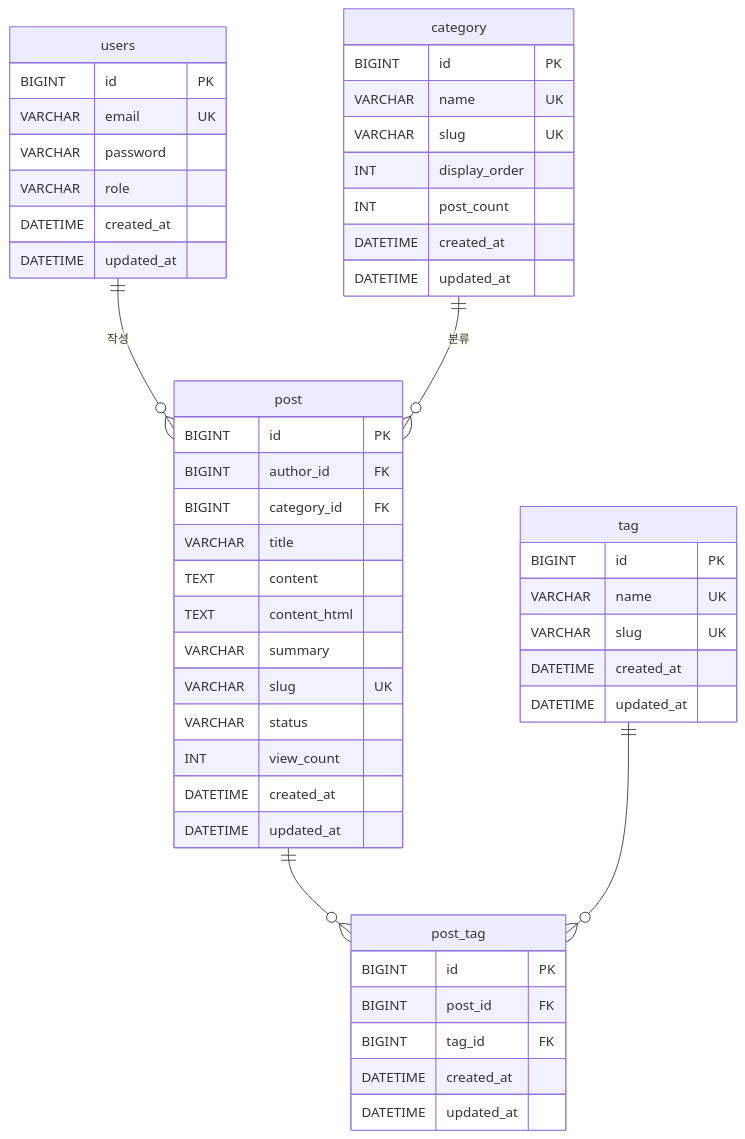
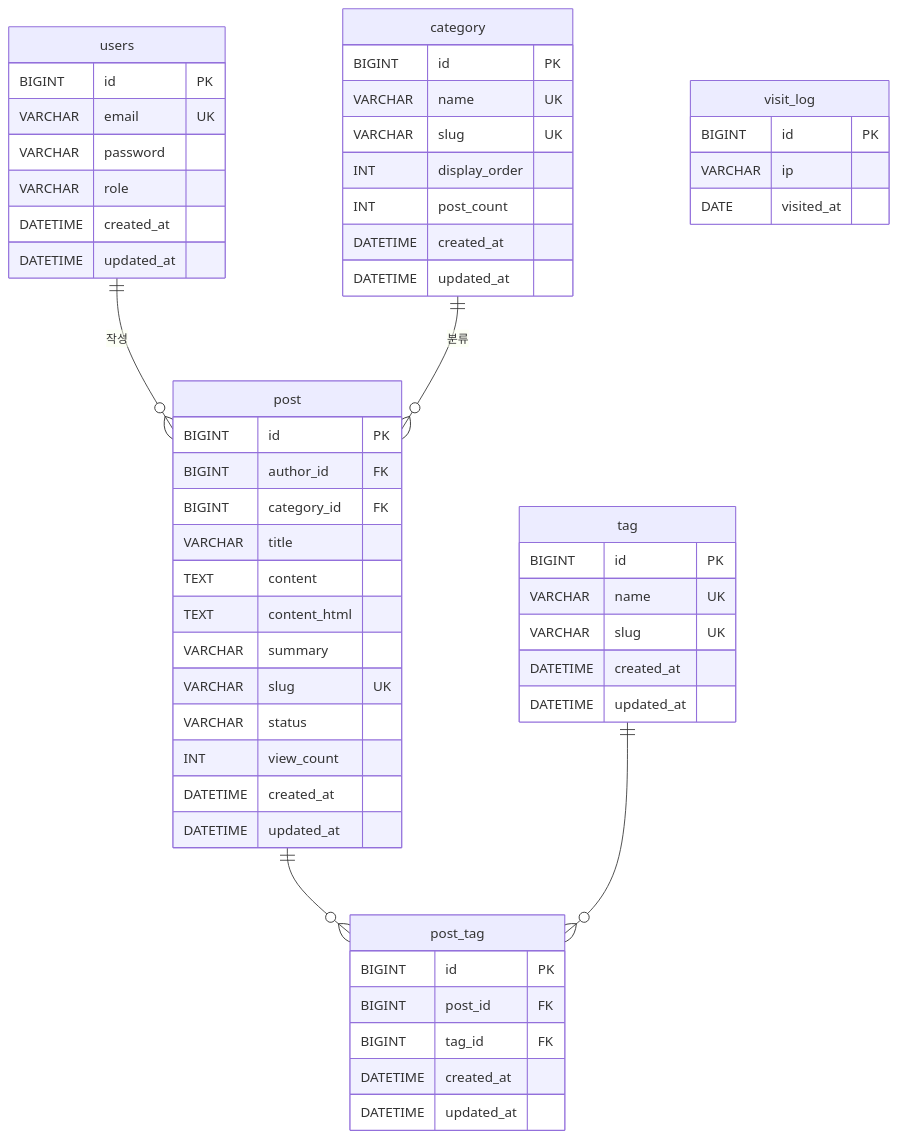
The diagram in README.md (hgkim-git/private_blog), drawn with Mermaid before and after one commit. The commit also changed other lines of this file, not shown here.

Commit message:
chore: README.md 업데이트
- 관리자 대시보드 및 방문자 카운트 기능 관련 내용 업데이트

````diff
--- a/README.md
+++ b/README.md
@@ -100,53 +101,58 @@
 ```mermaid
 erDiagram
     users {
         BIGINT id PK
         VARCHAR email UK
         VARCHAR password
         VARCHAR role
         DATETIME created_at
         DATETIME updated_at
     }
     category {
         BIGINT id PK
         VARCHAR name UK
         VARCHAR slug UK
         INT display_order
         INT post_count
         DATETIME created_at
         DATETIME updated_at
     }
     tag {
         BIGINT id PK
         VARCHAR name UK
         VARCHAR slug UK
         DATETIME created_at
         DATETIME updated_at
     }
     post {
         BIGINT id PK
         BIGINT author_id FK
         BIGINT category_id FK
         VARCHAR title
         TEXT content
         TEXT content_html
         VARCHAR summary
         VARCHAR slug UK
         VARCHAR status
         INT view_count
         DATETIME created_at
         DATETIME updated_at
     }
     post_tag {
         BIGINT id PK
         BIGINT post_id FK
         BIGINT tag_id FK
         DATETIME created_at
         DATETIME updated_at
     }
+    visit_log {
+        BIGINT id PK
+        VARCHAR ip
+        DATE visited_at
+    }
 
     users ||--o{ post : "작성"
     category ||--o{ post : "분류"
     post ||--o{ post_tag : ""
     tag ||--o{ post_tag : ""
 ```
````
